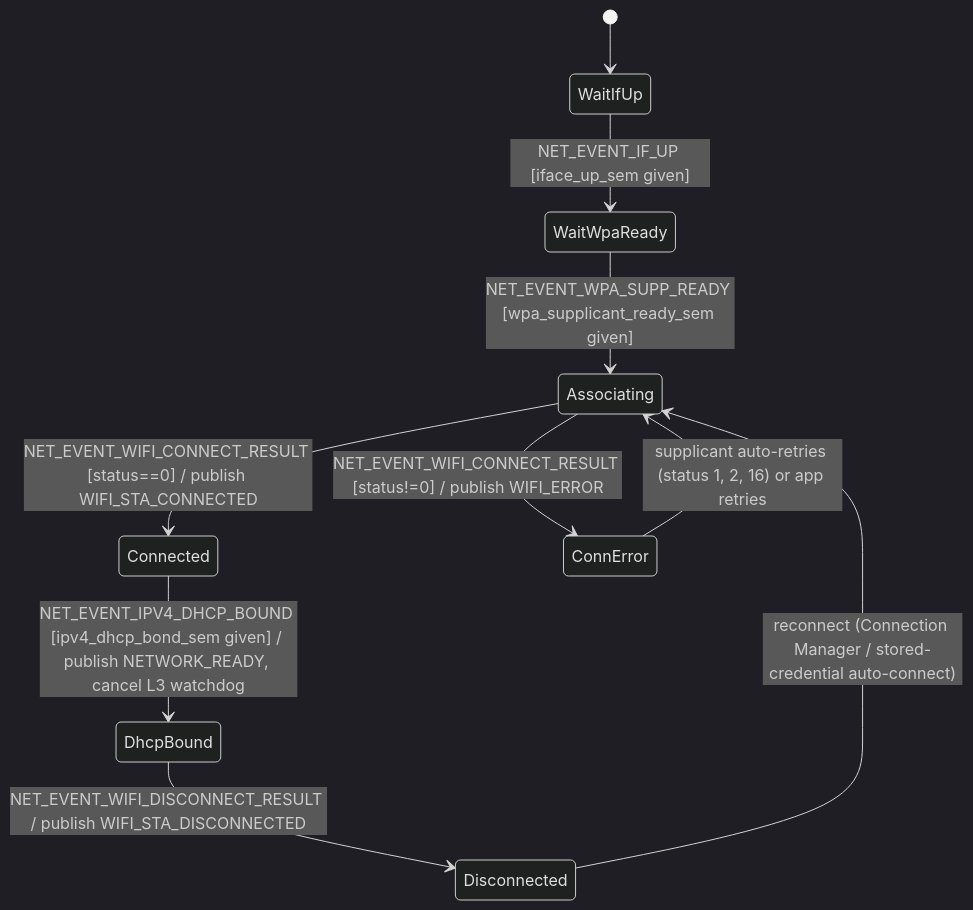
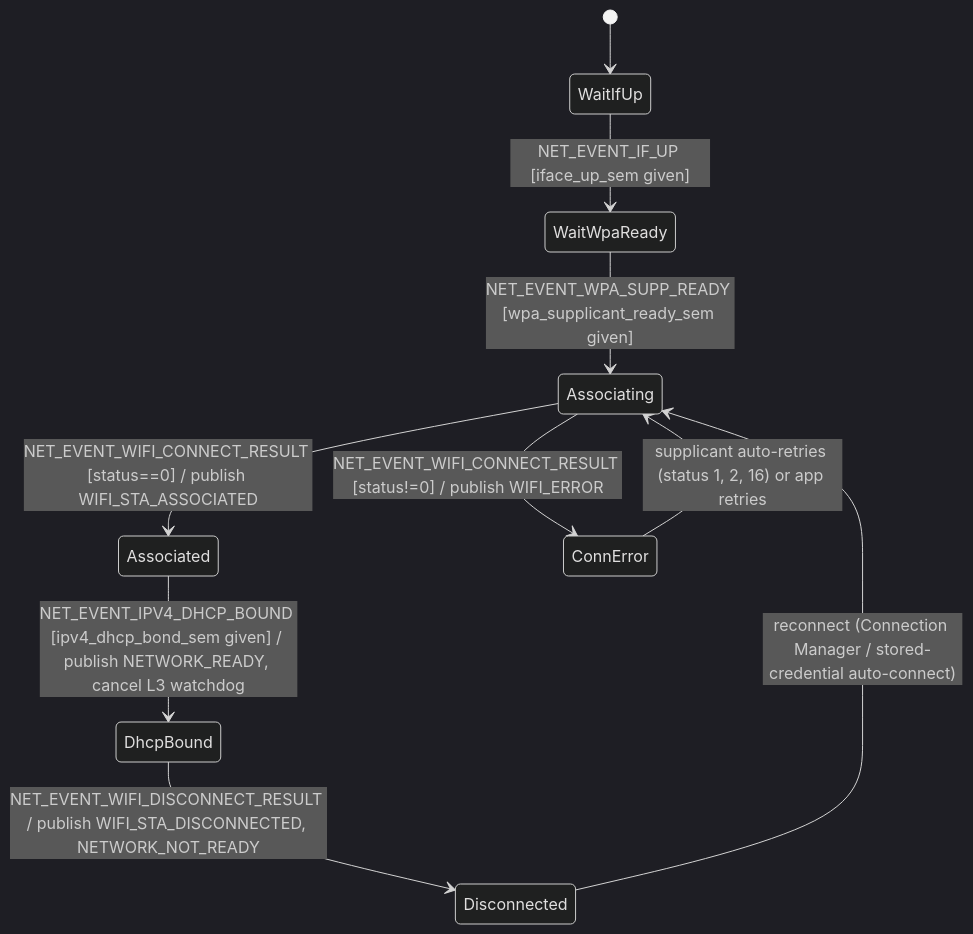
One commit to chshzh/nordic-wifi-memfault changed the diagram in docs/dev-specs/network-module.md. Above: the diagram before and after it, drawn with Mermaid (dark theme). The commit also changed other lines of this file and 17 other files, not shown here.

First line of the commit message:
refactor(network): split L2 wifi events from IP-layer network-ready channel

````diff
--- a/docs/dev-specs/network-module.md
+++ b/docs/dev-specs/network-module.md
@@ -86,12 +93,12 @@
 ```mermaid
 stateDiagram-v2
     [*] --> WaitIfUp
     WaitIfUp --> WaitWpaReady: NET_EVENT_IF_UP [iface_up_sem given]
     WaitWpaReady --> Associating: NET_EVENT_WPA_SUPP_READY [wpa_supplicant_ready_sem given]
-    Associating --> Connected: NET_EVENT_WIFI_CONNECT_RESULT [status==0] / publish WIFI_STA_CONNECTED
+    Associating --> Associated: NET_EVENT_WIFI_CONNECT_RESULT [status==0] / publish WIFI_STA_ASSOCIATED
     Associating --> ConnError: NET_EVENT_WIFI_CONNECT_RESULT [status!=0] / publish WIFI_ERROR
-    Connected --> DhcpBound: NET_EVENT_IPV4_DHCP_BOUND [ipv4_dhcp_bond_sem given] / publish NETWORK_READY, cancel L3 watchdog
-    DhcpBound --> Disconnected: NET_EVENT_WIFI_DISCONNECT_RESULT / publish WIFI_STA_DISCONNECTED
+    Associated --> DhcpBound: NET_EVENT_IPV4_DHCP_BOUND [ipv4_dhcp_bond_sem given] / publish NETWORK_READY, cancel L3 watchdog
+    DhcpBound --> Disconnected: NET_EVENT_WIFI_DISCONNECT_RESULT / publish WIFI_STA_DISCONNECTED, NETWORK_NOT_READY
     Disconnected --> Associating: reconnect (Connection Manager / stored-credential auto-connect)
     ConnError --> Associating: supplicant auto-retries (status 1, 2, 16) or app retries
 ```
````
